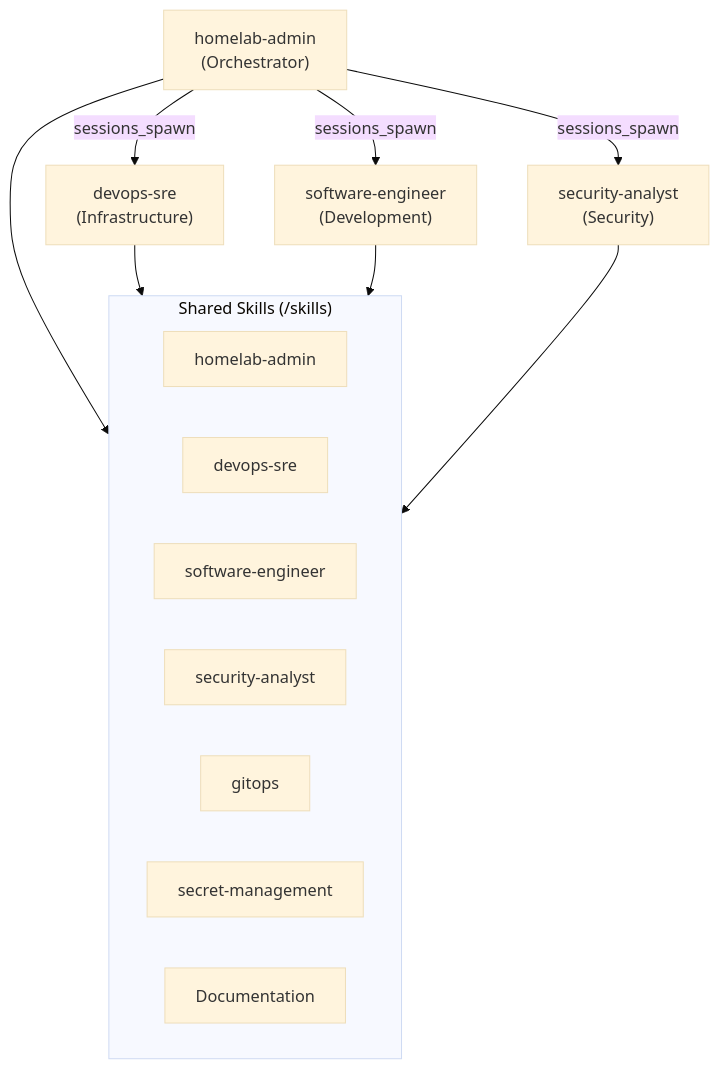
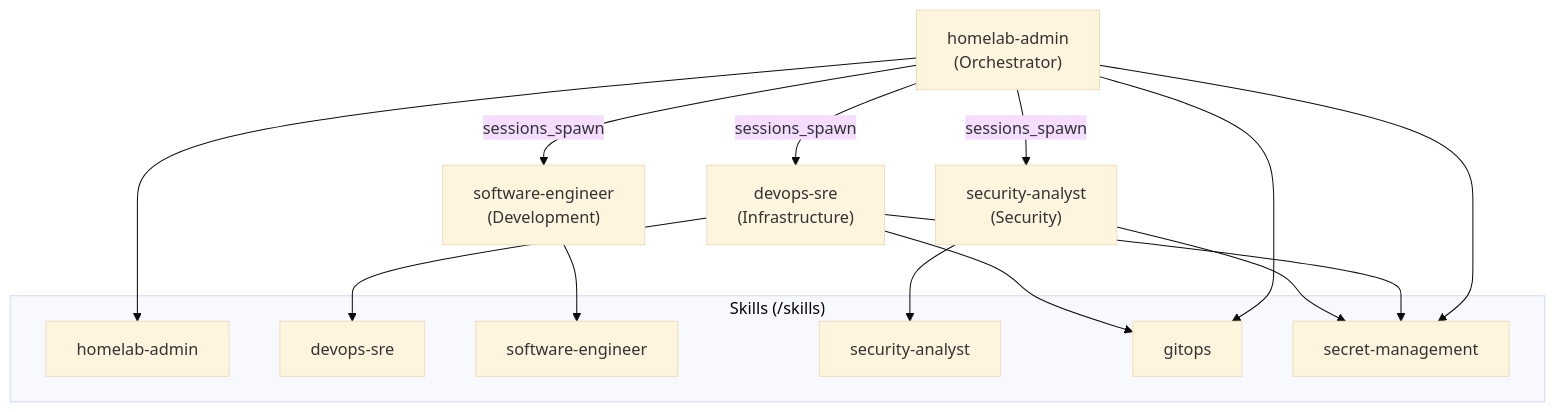
The fourth of 4 diagrams in docs/openclaw.md (haingth77/homelab), drawn with Mermaid (base theme) before and after one commit. The commit also changed other lines of this file and 3 other files, not shown here.

First line of the commit message:
docs: add mandatory documentation-update rule and update docs for per-agent skills

````diff
--- a/docs/openclaw.md
+++ b/docs/openclaw.md
@@ -318,26 +318,25 @@
 ```mermaid
 flowchart TD
     HA["homelab-admin\n(Orchestrator)"]
     DS["devops-sre\n(Infrastructure)"]
     SE["software-engineer\n(Development)"]
     SA["security-analyst\n(Security)"]
 
     HA -- "sessions_spawn" --> DS
     HA -- "sessions_spawn" --> SE
     HA -- "sessions_spawn" --> SA
 
-    subgraph skills["Shared Skills (/skills)"]
+    subgraph skills["Skills (/skills)"]
         S1["homelab-admin"]
         S2["devops-sre"]
         S3["software-engineer"]
         S4["security-analyst"]
         S5["gitops"]
         S6["secret-management"]
-        S7["Documentation"]
     end
 
-    HA --> skills
-    DS --> skills
-    SE --> skills
-    SA --> skills
+    HA --> S1 & S5 & S6
+    DS --> S2 & S5 & S6
+    SE --> S3
+    SA --> S4 & S6
 ```
````
